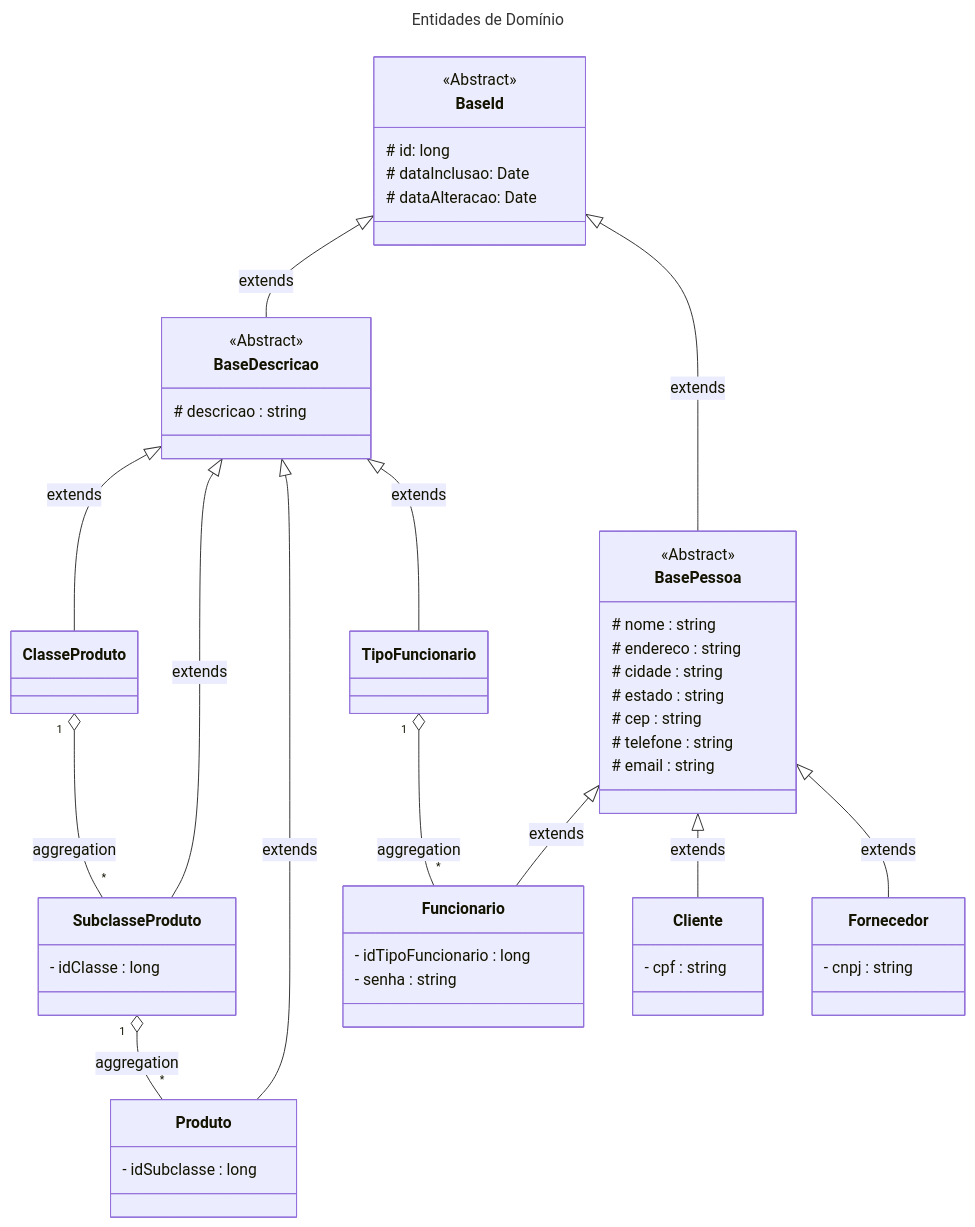
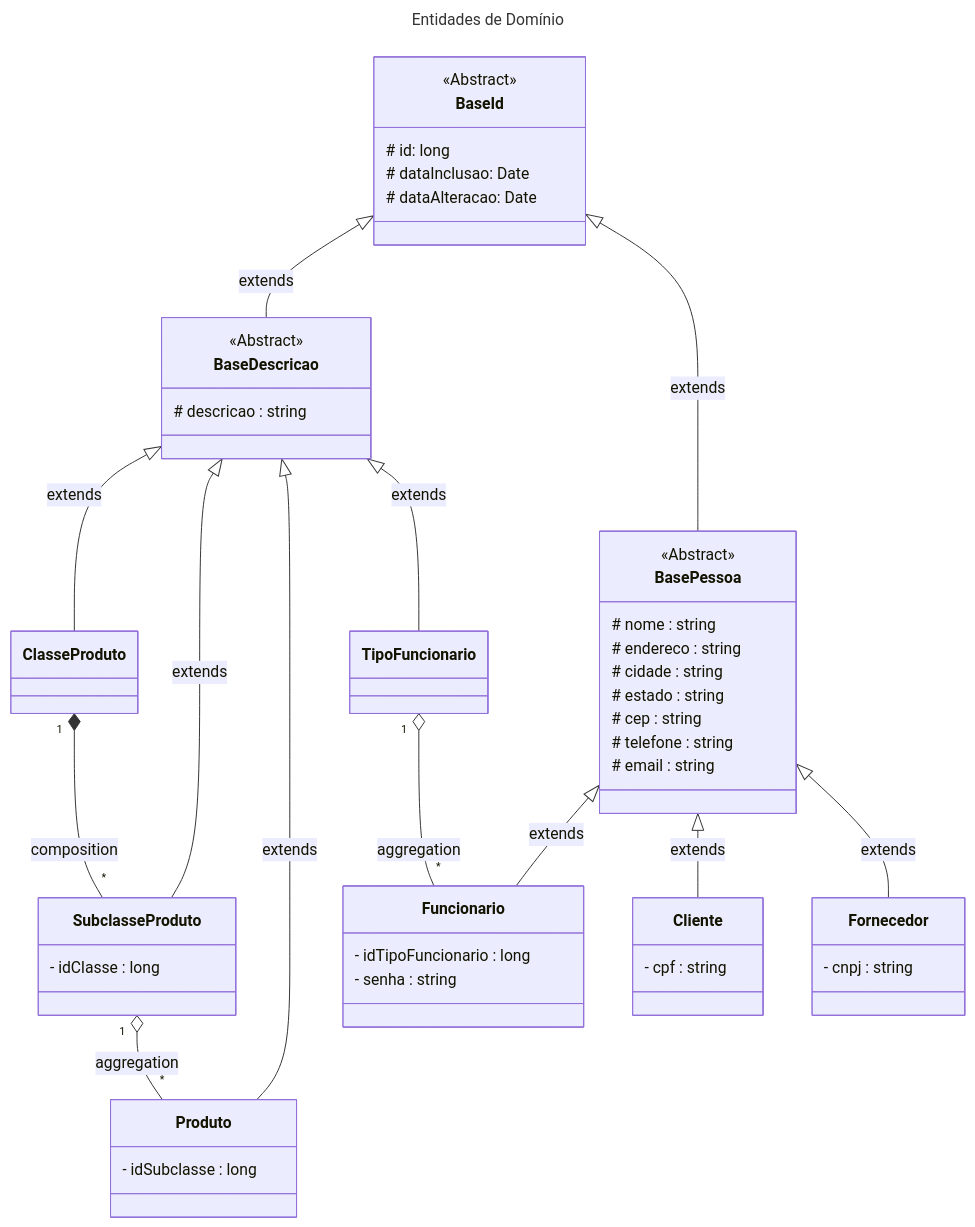
Before and after one commit to JoseComparotto/poo2: the diagram in projetos/estoque/README.md, drawn with Mermaid.

Commit message:
ajuste no tipo de relação

````diff
--- a/projetos/estoque/README.md
+++ b/projetos/estoque/README.md
@@ -26,70 +26,70 @@
 ```mermaid
 ---
 title: Entidades de Domínio
 ---
 classDiagram
 
     class BaseId {  <<Abstract>>
         # id: long
         # dataInclusao: Date
         # dataAlteracao: Date
     }
     
     class BaseDescricao {  <<Abstract>>
         # descricao : string
     }
     
     class BasePessoa {  <<Abstract>>
         # nome : string
         # endereco : string
         # cidade : string
         # estado : string
         # cep : string
         # telefone : string
         # email : string
     }
 
     class ClasseProduto {
     }
 
     class SubclasseProduto {
         - idClasse : long
     }
 
     class Produto {
         - idSubclasse : long
     }
 
     class TipoFuncionario {
     }
 
     class Funcionario {
         - idTipoFuncionario : long
         - senha : string
     }
 
     class Cliente {
         - cpf : string
     }
 
     class Fornecedor {
         - cnpj : string
     }
 
     BaseId <|-- BaseDescricao : extends
     BaseId <|-- BasePessoa : extends
     BaseDescricao <|-- ClasseProduto : extends
     BaseDescricao <|-- SubclasseProduto : extends
     BaseDescricao <|-- Produto : extends
     BaseDescricao <|-- TipoFuncionario : extends
 
     BasePessoa <|-- Funcionario : extends
     BasePessoa <|-- Cliente : extends
     BasePessoa <|-- Fornecedor : extends
 
     SubclasseProduto "1" o-- "*" Produto : aggregation
-    ClasseProduto "1" o-- "*" SubclasseProduto : aggregation
+    ClasseProduto "1" *-- "*" SubclasseProduto : composition
 
     TipoFuncionario "1" o-- "*" Funcionario: aggregation
 
 ```
````
